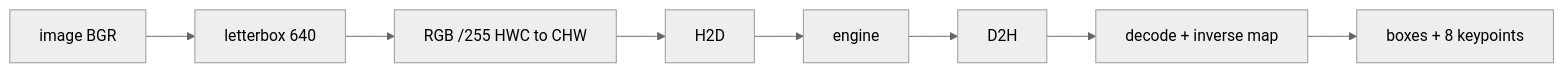
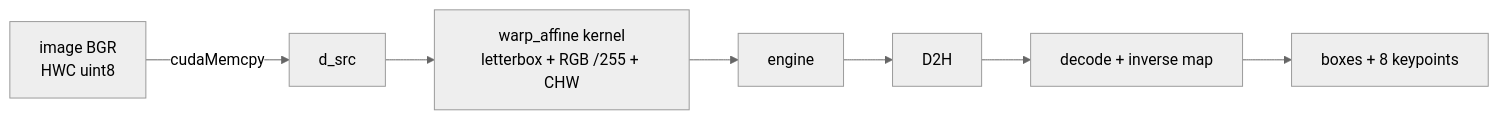
The second of 3 diagrams in Artificial_Intelligence/CUDA/TensorRT 部署学习路径.md (Korotomx/STD), drawn with Mermaid (neutral theme) before and after one commit. The commit also changed other lines of this file and 12 other files, not shown here.

````diff
--- a/Artificial_Intelligence/CUDA/TensorRT 部署学习路径.md
+++ b/Artificial_Intelligence/CUDA/TensorRT 部署学习路径.md
@@ -16,4 +16,6 @@
 ```mermaid
 flowchart LR
-    A["image BGR"] --> B["letterbox 640"] --> C["RGB /255 HWC to CHW"] --> D[H2D] --> E[engine] --> F[D2H] --> G["decode + inverse map"] --> H["boxes + 8 keypoints"]
+    A["image BGR<br/>HWC uint8"] -->|cudaMemcpy| D["d_src"]
+    D --> K["warp_affine kernel<br/>letterbox + RGB /255 + CHW"]
+    K --> E[engine] --> F[D2H] --> G["decode + inverse map"] --> H["boxes + 8 keypoints"]
 ```
````
